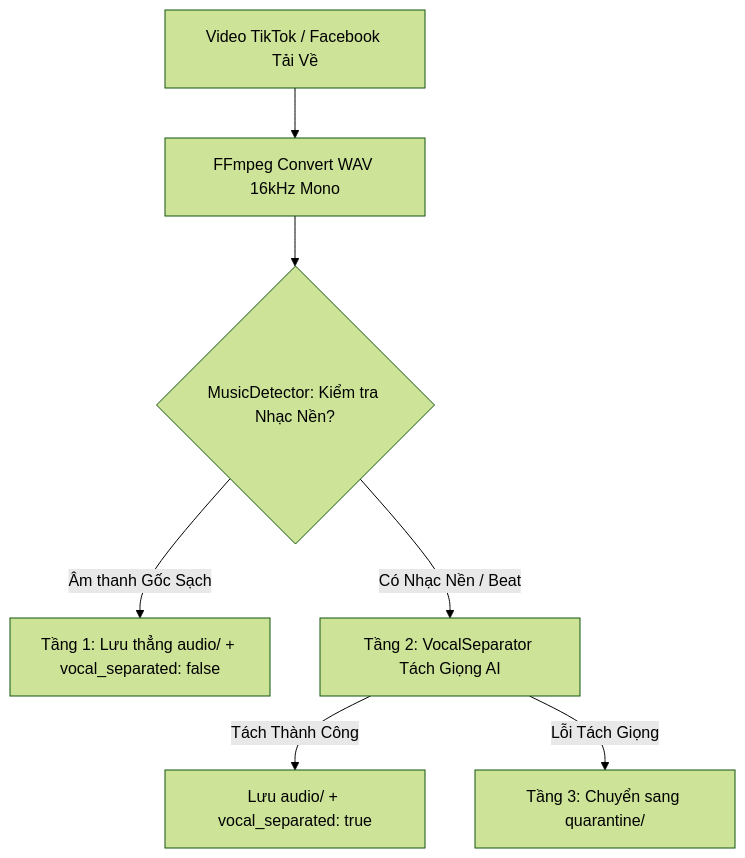
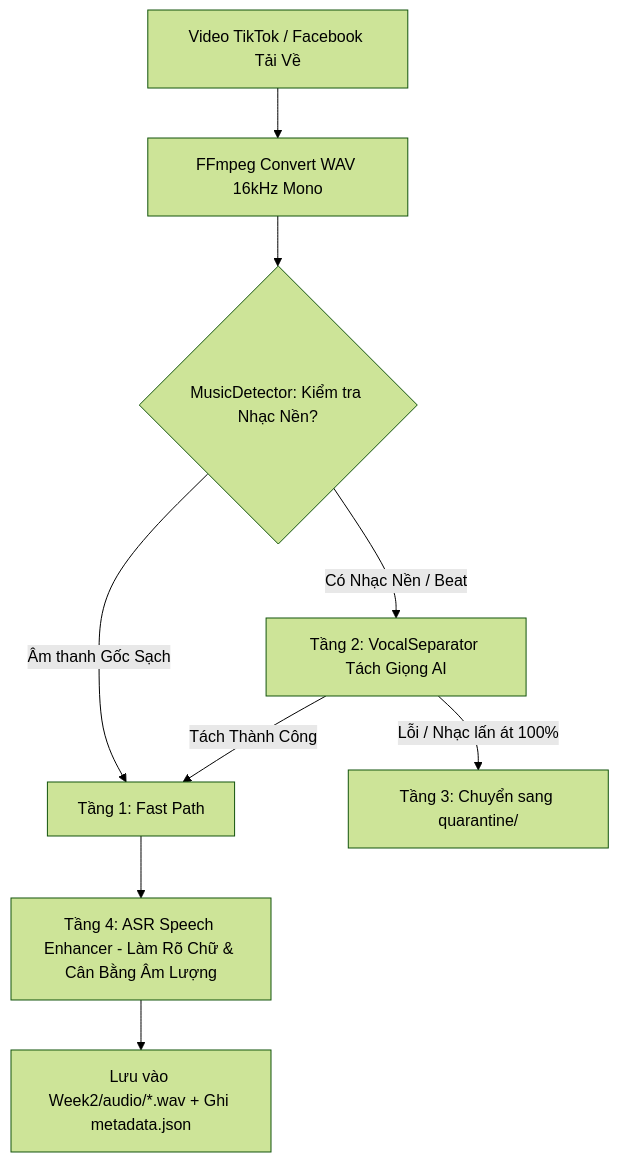
The second of 2 diagrams in README.md (conheo-map/ToolCrawl), drawn with Mermaid (forest theme) before and after one commit. The commit also changed other lines of this file and 4 other files, not shown here.

Commit message:
feat: implement 4th tier ASR Speech Enhancer for dynamic volume leveling, consonant clarity EQ, and residual noise filter

````diff
--- a/README.md
+++ b/README.md
@@ -689,9 +689,11 @@
 ```mermaid
 graph TD
     A[Video TikTok / Facebook Tải Về] --> B[FFmpeg Convert WAV 16kHz Mono]
     B --> C{MusicDetector: Kiểm tra Nhạc Nền?}
-    C -- Âm thanh Gốc Sạch --> D[Tầng 1: Lưu thẳng audio/ + vocal_separated: false]
+    C -- Âm thanh Gốc Sạch --> D[Tầng 1: Fast Path]
     C -- Có Nhạc Nền / Beat --> E[Tầng 2: VocalSeparator Tách Giọng AI]
-    E -- Tách Thành Công --> F[Lưu audio/ + vocal_separated: true]
-    E -- Lỗi Tách Giọng --> G[Tầng 3: Chuyển sang quarantine/]
+    E -- Tách Thành Công --> D
+    E -- Lỗi / Nhạc lấn át 100% --> G[Tầng 3: Chuyển sang quarantine/]
+    D --> H[Tầng 4: ASR Speech Enhancer - Làm Rõ Chữ & Cân Bằng Âm Lượng]
+    H --> I[Lưu vào Week2/audio/*.wav + Ghi metadata.json]
 ```
````
